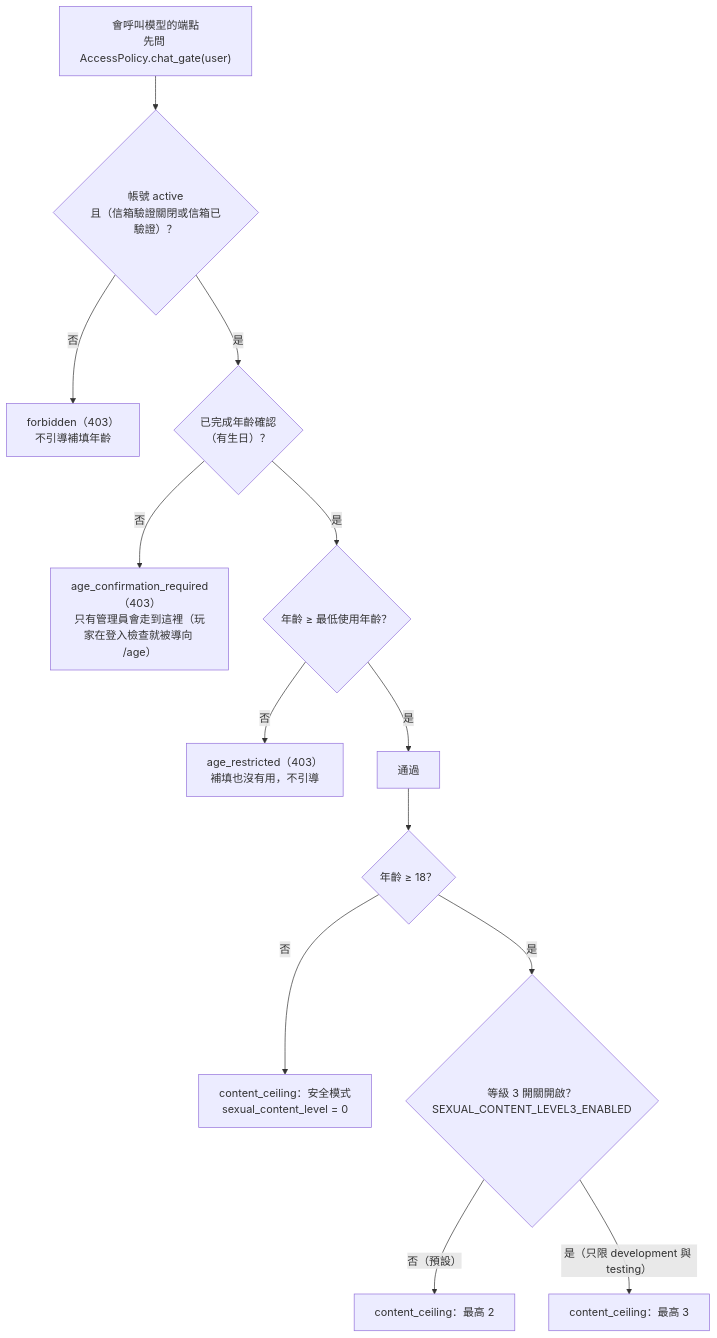
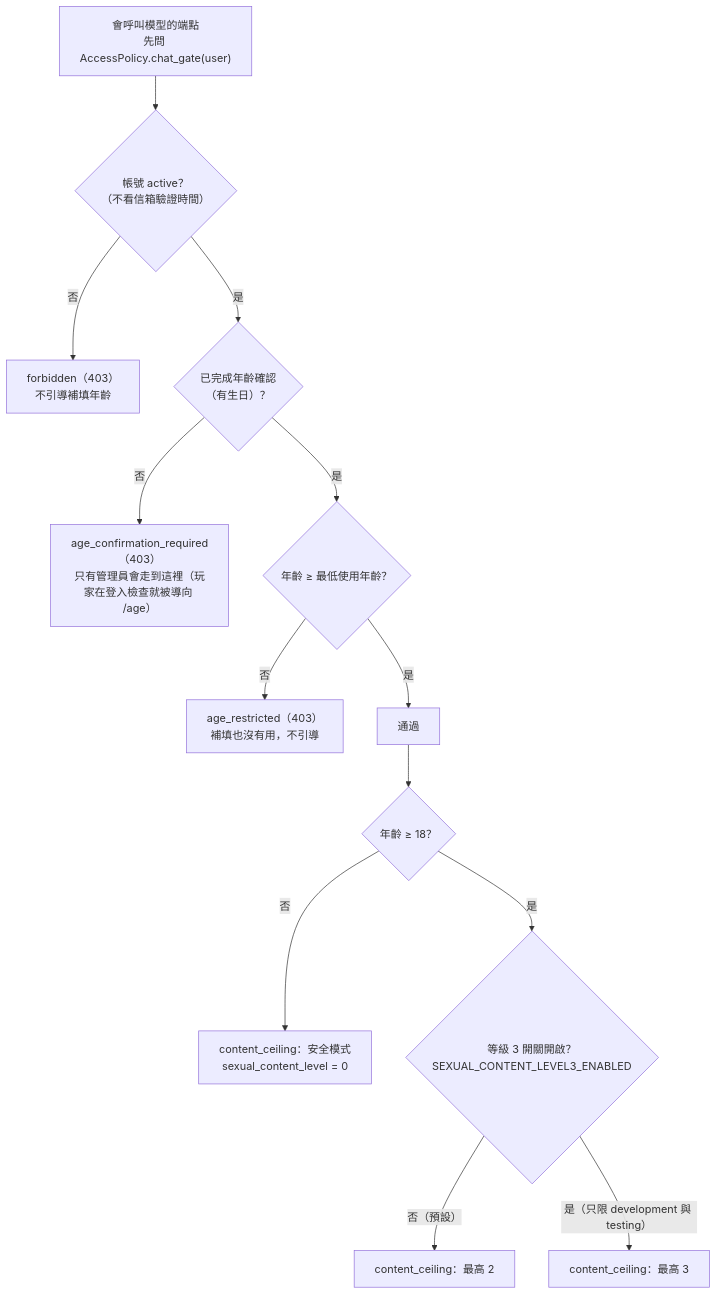
Before and after one commit to pp466pp466/R.A.C: the fourth of 8 diagrams in docs/帳號與安全-auth-security.md, drawn with Mermaid. The commit also changed other lines of this file and 110 other files, not shown here.

````diff
--- a/docs/帳號與安全-auth-security.md
+++ b/docs/帳號與安全-auth-security.md
@@ -135,15 +105,15 @@
 ```mermaid
 flowchart TD
-    Start["會呼叫模型的端點<br/>先問 AccessPolicy.chat_gate(user)"] --> Usable{"帳號 active<br/>且（信箱驗證關閉或信箱已驗證）？"}
+    Start["會呼叫模型的端點<br/>先問 AccessPolicy.chat_gate(user)"] --> Usable{"帳號 active？<br/>（不看信箱驗證時間）"}
     Usable -->|"否"| Forbidden["forbidden（403）<br/>不引導補填年齡"]
     Usable -->|"是"| HasAge{"已完成年齡確認<br/>（有生日）？"}
     HasAge -->|"否"| NeedAge["age_confirmation_required（403）<br/>只有管理員會走到這裡（玩家在登入檢查就被導向 /age）"]
     HasAge -->|"是"| Old{"年齡 ≥ 最低使用年齡？"}
     Old -->|"否"| Restricted["age_restricted（403）<br/>補填也沒有用，不引導"]
     Old -->|"是"| Pass["通過"]
     Pass --> Ceiling{"年齡 ≥ 18？"}
     Ceiling -->|"否"| Safe["content_ceiling：安全模式<br/>sexual_content_level = 0"]
     Ceiling -->|"是"| Switch{"等級 3 開關開啟？<br/>SEXUAL_CONTENT_LEVEL3_ENABLED"}
     Switch -->|"否（預設）"| Adult2["content_ceiling：最高 2"]
     Switch -->|"是（只限 development 與 testing）"| Adult3["content_ceiling：最高 3"]
 ```
````
